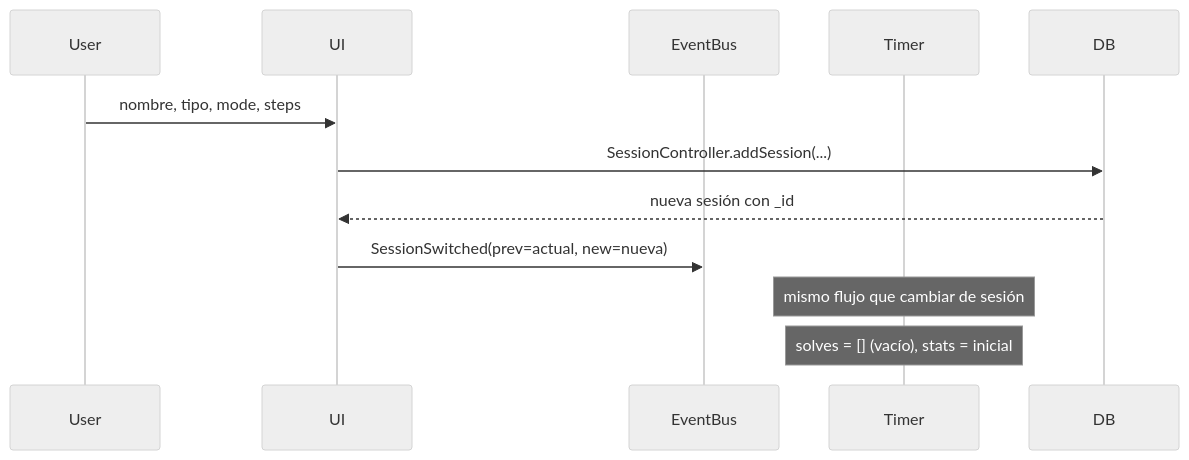
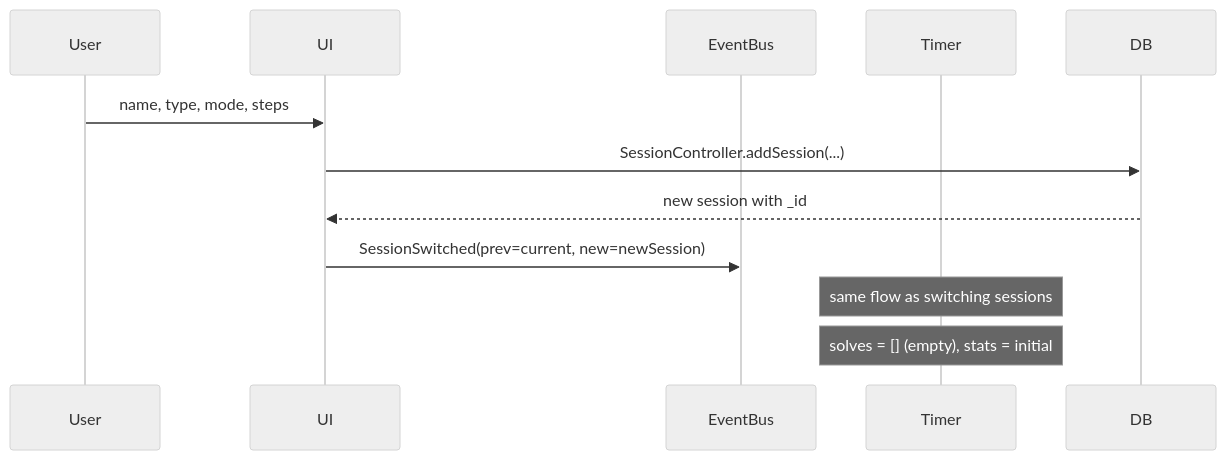
The second of 3 diagrams in docs/architecture/timer/sessions.md (isaacvr/cubicdb), drawn with Mermaid (neutral theme) before and after one commit. The commit also changed other lines of this file and 30 other files, not shown here.

````diff
--- a/docs/architecture/timer/sessions.md
+++ b/docs/architecture/timer/sessions.md
@@ -81,16 +81,16 @@
 ```mermaid
 sequenceDiagram
     participant U as User
     participant UI
     participant EB as EventBus
     participant T as Timer
     participant DB
 
-    U->>UI: nombre, tipo, mode, steps
+    U->>UI: name, type, mode, steps
     UI->>DB: SessionController.addSession(...)
-    DB-->>UI: nueva sesión con _id
+    DB-->>UI: new session with _id
 
-    UI->>EB: SessionSwitched(prev=actual, new=nueva)
-    Note over T: mismo flujo que cambiar de sesión
-    Note over T: solves = [] (vacío), stats = inicial
+    UI->>EB: SessionSwitched(prev=current, new=newSession)
+    Note over T: same flow as switching sessions
+    Note over T: solves = [] (empty), stats = initial
 ```
````
